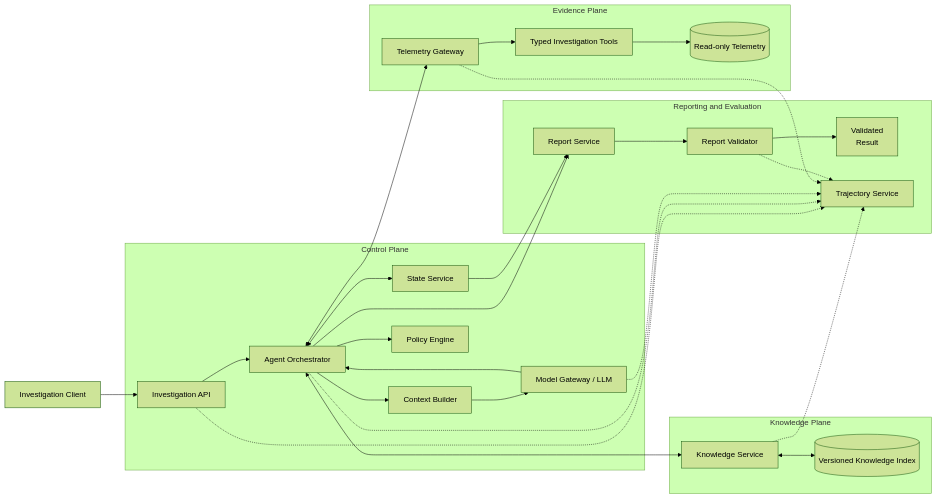
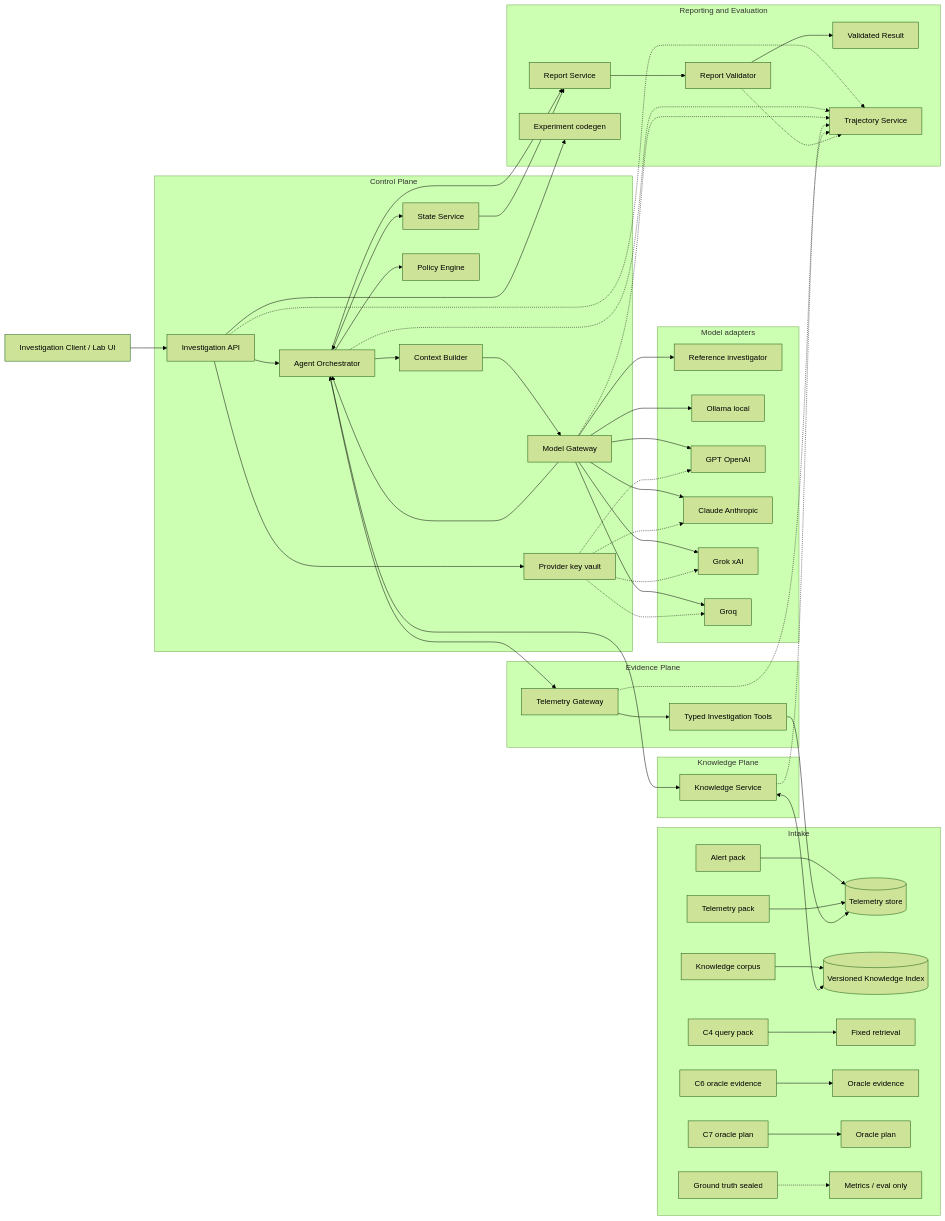
Before and after one commit to MonikaVen/Does-the-Agent-Reason-Or-Just-Retrieve: the diagram in Architecture.md, drawn with Mermaid (forest theme). The commit also changed 45 other files, not shown here.

First line of the commit message:
Add LLM connectors, typed uploads, and generated experiment code.

````diff
--- a/Architecture.md
+++ b/Architecture.md
@@ -864,64 +864,65 @@
 ```mermaid
 flowchart LR
 
-Client[Investigation Client] --> API[Investigation API]
+Client[Investigation Client / Lab UI] --> API[Investigation API]
+
+subgraph Intake
+Alert[Alert pack] --> Store[(Telemetry store)]
+Tel[Telemetry pack] --> Store
+KBUp[Knowledge corpus] --> KB[(Versioned Knowledge Index)]
+QPack[C4 query pack] --> Fixed[Fixed retrieval]
+OEv[C6 oracle evidence] --> OracleE[Oracle evidence]
+OPl[C7 oracle plan] --> OracleP[Oracle plan]
+GT[Ground truth sealed] -.-> Metrics[Metrics / eval only]
+end
 
 subgraph Control Plane
+API --> O[Agent Orchestrator]
+O --> C[Context Builder]
+C --> M[Model Gateway]
+M --> O
+O <--> S[State Service]
+O --> P[Policy Engine]
+API --> Keys[Provider key vault]
+end
 
-API --> O[Agent Orchestrator]
-
-O --> C[Context Builder]
-
-C --> M[Model Gateway / LLM]
-
-M --> O
-
-O <--> S[State Service]
-
-O --> P[Policy Engine]
-
+subgraph Model adapters
+M --> Ref[Reference investigator]
+M --> Ollama[Ollama local]
+M --> GPT[GPT OpenAI]
+M --> Claude[Claude Anthropic]
+M --> Grok[Grok xAI]
+M --> Groq[Groq]
+Keys -.-> GPT
+Keys -.-> Claude
+Keys -.-> Grok
+Keys -.-> Groq
 end
 
 subgraph Knowledge Plane
-
-K[Knowledge Service] <--> KB[(Versioned Knowledge Index)]
-
+K[Knowledge Service] <--> KB
 end
 
 subgraph Evidence Plane
-
 T[Telemetry Gateway] --> Tools[Typed Investigation Tools]
-
-Tools --> Logs[(Read-only Telemetry)]
-
+Tools --> Store
 end
 
 subgraph Reporting and Evaluation
-
-R[Report Service] --> V[Report Validator] --> Result[Validated
-Result]
-
+R[Report Service] --> V[Report Validator] --> Result[Validated Result]
 X[Trajectory Service]
-
+Code[Experiment codegen]
 end
 
 O <--> K
-
 O <--> T
-
 O --> R
-
 S --> R
-
 API -.-> X
-
 O -.-> X
-
 M -.-> X
-
 K -.-> X
-
 T -.-> X
-
 V -.-> X
+API --> Code
 ```
````
